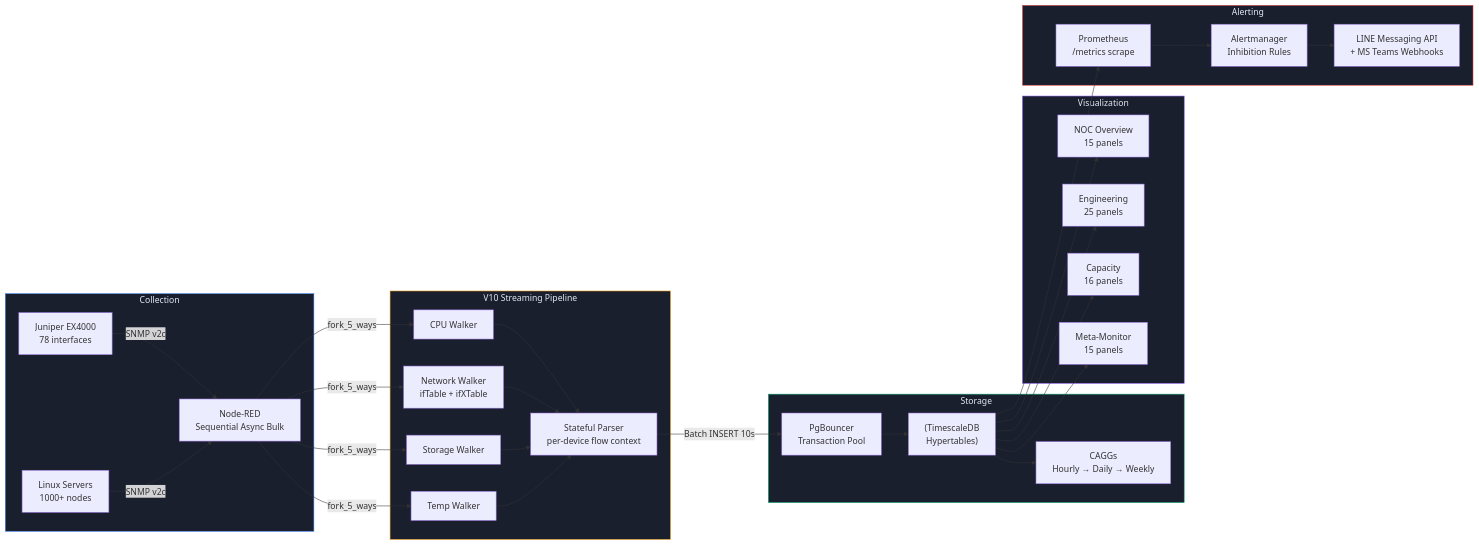
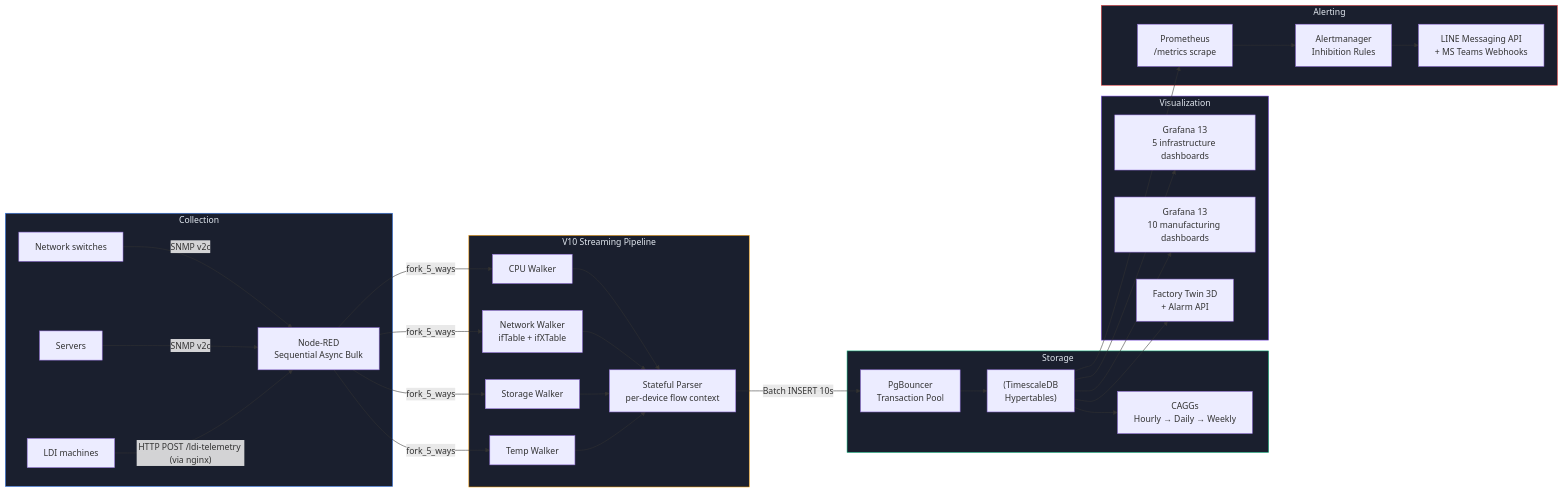
One commit to PATTANAKORN025/IMS changed the diagram in README.md. Above: the diagram before and after it, drawn with Mermaid. The commit also changed other lines of this file and 3 other files, not shown here.

````diff
--- a/README.md
+++ b/README.md
@@ -217,43 +229,43 @@
 ```mermaid
 flowchart LR
   subgraph Collection ["Collection"]
-    J["Juniper EX4000\n78 interfaces"] -->|SNMP v2c| W["Node-RED\nSequential Async Bulk"]
-    S["Linux Servers\n1000+ nodes"] -->|SNMP v2c| W
+    J["Network switches"] -->|SNMP v2c| W["Node-RED\nSequential Async Bulk"]
+    S["Servers"] -->|SNMP v2c| W
+    L["LDI machines"] -->|"HTTP POST /ldi-telemetry (via nginx)"| W
   end
 
   subgraph Processing ["V10 Streaming Pipeline"]
     W -->|fork_5_ways| CPU[CPU Walker]
     W -->|fork_5_ways| NET["Network Walker\nifTable + ifXTable"]
     W -->|fork_5_ways| STO[Storage Walker]
     W -->|fork_5_ways| TMP[Temp Walker]
     CPU --> P["Stateful Parser\nper-device flow context"]
     NET --> P
     STO --> P
     TMP --> P
   end
 
   subgraph Storage ["Storage"]
     P -->|Batch INSERT 10s| B["PgBouncer\nTransaction Pool"]
     B --> T["(TimescaleDB\nHypertables)"]
     T --> CAGG["CAGGs\nHourly → Daily → Weekly"]
   end
 
   subgraph Visualization ["Visualization"]
-    T --> G1["NOC Overview\n15 panels"]
-    T --> G2["Engineering\n25 panels"]
-    T --> G3["Capacity\n16 panels"]
-    T --> G4["Meta-Monitor\n15 panels"]
+    T --> G1["Grafana 13\n5 infrastructure dashboards"]
+    T --> G2["Grafana 13\n10 manufacturing dashboards"]
+    T --> FT["Factory Twin 3D\n+ Alarm API"]
   end
 
   subgraph Alerting ["Alerting"]
     T --> PR["Prometheus\n/metrics scrape"]
     PR --> AM["Alertmanager\nInhibition Rules"]
     AM --> WEB["LINE Messaging API\n+ MS Teams Webhooks"]
   end
 
   style Collection fill:#1a1f2e,stroke:#3B82F6,color:#e2e8f0
   style Processing fill:#1a1f2e,stroke:#F59E0B,color:#e2e8f0
   style Storage fill:#1a1f2e,stroke:#10B981,color:#e2e8f0
   style Visualization fill:#1a1f2e,stroke:#8B5CF6,color:#e2e8f0
   style Alerting fill:#1a1f2e,stroke:#EF4444,color:#e2e8f0
 ```
````
